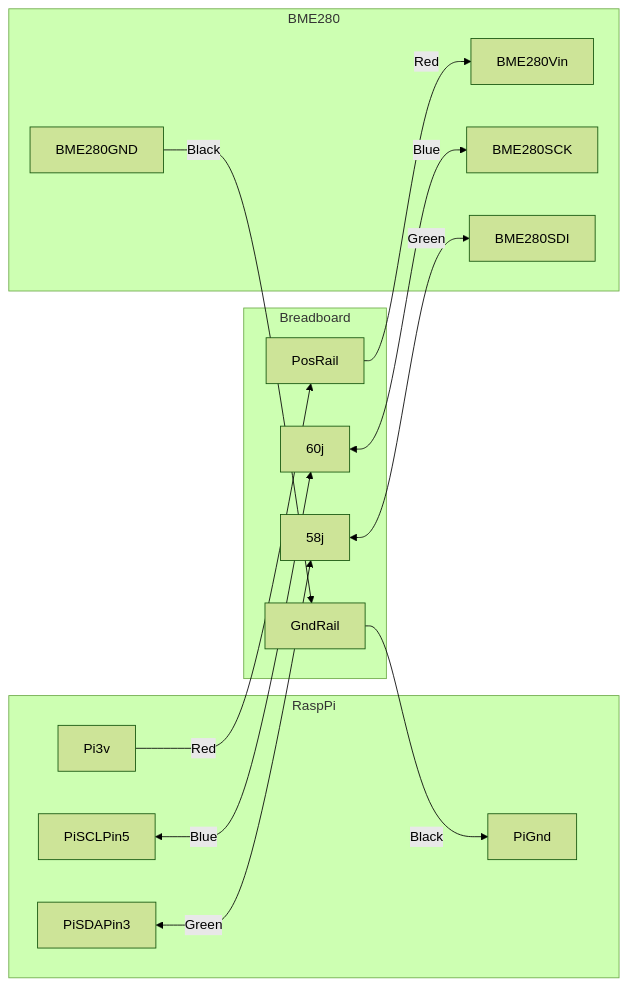
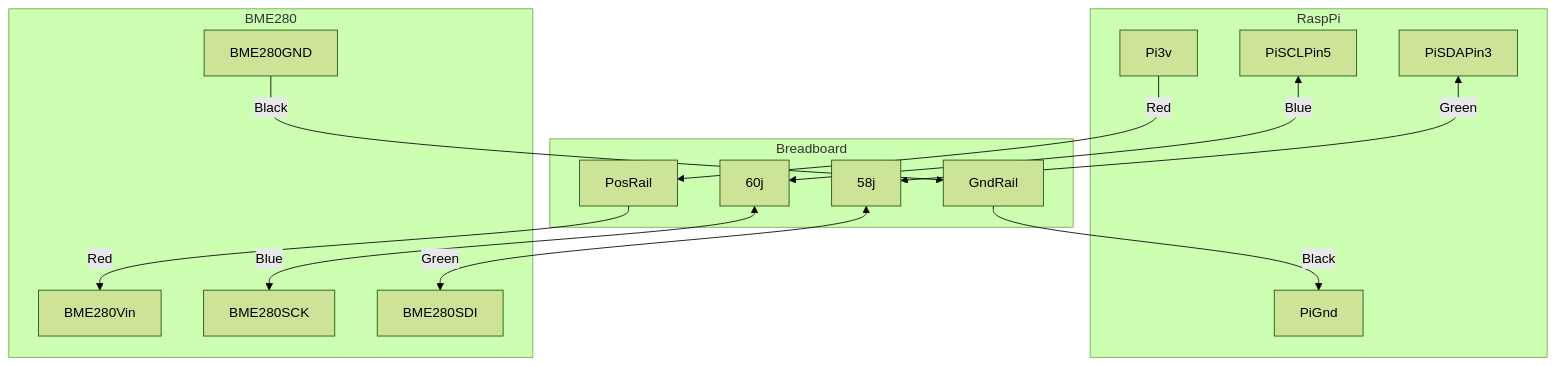
One commit to SotoDucani/go-pi-tempsensor changed the diagram in docs/vault/bme280.md. Above: the diagram before and after it, drawn with Mermaid (forest theme). The commit also changed other lines of this file and 1 other file, not shown here.

Commit message:
oled attempt

````diff
--- a/docs/vault/bme280.md
+++ b/docs/vault/bme280.md
@@ -9,29 +9,29 @@
 ```mermaid
-flowchart LR;
+flowchart TB;
     subgraph RaspPi
     Pi3v
     PiGnd
     PiSCLPin5
     PiSDAPin3
     end
     subgraph Breadboard
     PosRail
     GndRail
     60j
     58j
     end
     subgraph BME280
     BME280Vin
     BME280GND
     BME280SCK
     BME280SDI
     end
     Pi3v--Red-->PosRail;
     PosRail--Red-->BME280Vin;
     BME280GND--Black-->GndRail;
     GndRail--Black-->PiGnd; 
     60j <--Blue--> BME280SCK;
     PiSCLPin5 <--Blue--> 60j;
     PiSDAPin3 <--Green--> 58j;
     58j <--Green--> BME280SDI;
 ```
````
